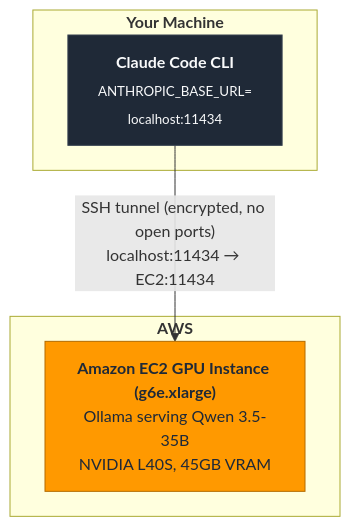
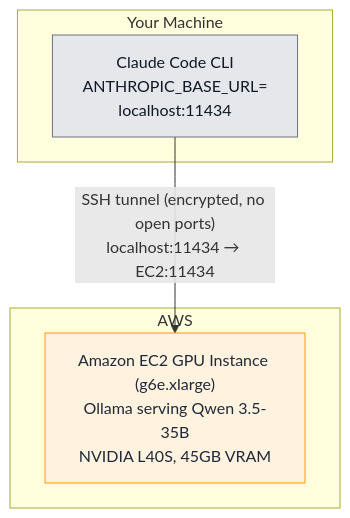
The diagram in self-hosted/README.md (aws-samples/sample-claude-code-multi-model), drawn with Mermaid before and after one commit. The commit also changed 2 other files, not shown here.

Commit message:
Fix Mermaid diagram clipping and tone down colors
The first Mermaid pass had two visible problems on GitHub:

1. Box text was clipped (e.g. "Claude Code CL" instead of "Claude Code CLI",
   "POST /v1/messag" instead of "POST /v1/messages"). This was caused by HTML
   tags (<b>, <sub>) inside node labels — Mermaid measures box width based on
   the unrendered label and undersizes when sub/strong tags compress text.

2. The saturated AWS-orange and bright-purple fills were loud for technical
   docs.

Changes:
- Drop all HTML tags from node labels (<b>, <sub>); use plain text + <br/> for
  line breaks. Mermaid sizes the boxes correctly now.
- Use lighter, less saturated palette: light grey for the agent, lavender for
  the proxy, soft cream for the Bedrock/EC2 nodes (with the AWS-orange as the
  border accent rather than the fill).
- Add a horizontal rule (───) inside the Bedrock nodes to visually separate
  the service name from the model list.
- Switch -->|label|node syntax to -- "label" --> node so labels with slashes
  and arrows render cleanly.

Diagrams pushed to origin only for preview; aws-samples mirror waits until
the rendering is verified.

````diff
--- a/self-hosted/README.md
+++ b/self-hosted/README.md
@@ -15,17 +15,17 @@
 ```mermaid
 flowchart TD
-    subgraph Local["<b>Your Machine</b>"]
-        CC["<b>Claude Code CLI</b><br/><sub>ANTHROPIC_BASE_URL=<br/>localhost:11434</sub>"]
+    subgraph Local["Your Machine"]
+        CC["Claude Code CLI<br/>ANTHROPIC_BASE_URL=<br/>localhost:11434"]
     end
 
-    subgraph AWS["<b>AWS</b>"]
-        EC2["<b>Amazon EC2 GPU Instance (g6e.xlarge)</b><br/>Ollama serving Qwen 3.5-35B<br/>NVIDIA L40S, 45GB VRAM"]
+    subgraph AWS["AWS"]
+        EC2["Amazon EC2 GPU Instance (g6e.xlarge)<br/>Ollama serving Qwen 3.5-35B<br/>NVIDIA L40S, 45GB VRAM"]
     end
 
-    CC -->|"SSH tunnel (encrypted, no open ports)<br/>localhost:11434 → EC2:11434"| EC2
+    CC -- "SSH tunnel (encrypted, no open ports)<br/>localhost:11434 → EC2:11434" --> EC2
 
-    classDef agent fill:#1F2937,stroke:#374151,color:#F9FAFB
-    classDef ec2 fill:#FF9900,stroke:#B36B00,color:#1F2937
+    classDef agent fill:#E5E7EB,stroke:#6B7280,color:#111827
+    classDef ec2 fill:#FFF3E0,stroke:#FF9900,color:#1F2937
     class CC agent
     class EC2 ec2
 ```
````
